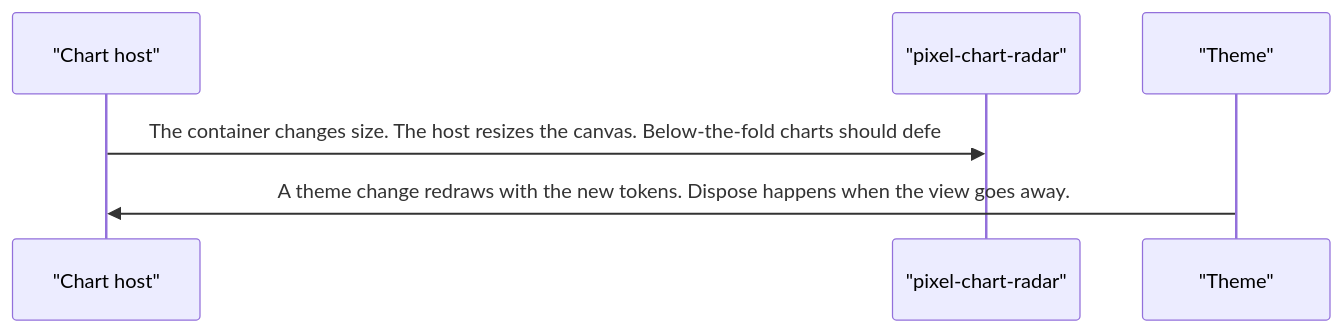
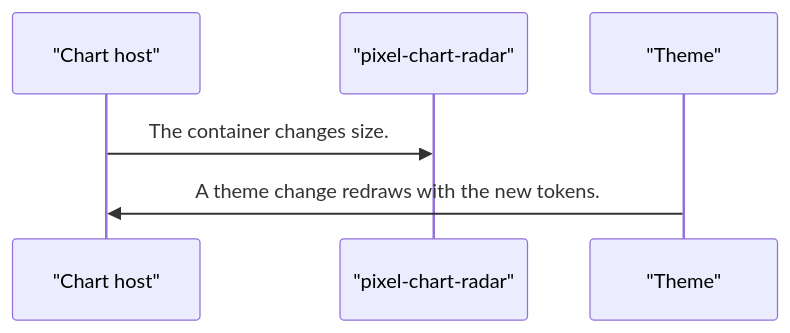
The fourth of 4 diagrams in projects/pixel-ui/src/lib/pixel-chart-radar/DESIGN.md (RajshekharBorate/pixel-ui), drawn with Mermaid before and after one commit. The commit also changed 80 other files, not shown here.

Commit message:
Fill missing design flows and correct the stories that did not match component behavior.

````diff
--- a/projects/pixel-ui/src/lib/pixel-chart-radar/DESIGN.md
+++ b/projects/pixel-ui/src/lib/pixel-chart-radar/DESIGN.md
@@ -74,8 +74,8 @@
 ```mermaid
 sequenceDiagram
   participant host as "Chart host"
   participant plot as "pixel-chart-radar"
   participant theme as "Theme"
-  host->>plot: The container changes size. The host resizes the canvas. Below-the-fold charts should defe
-  theme->>host: A theme change redraws with the new tokens. Dispose happens when the view goes away.
+  host->>plot: The container changes size.
+  theme->>host: A theme change redraws with the new tokens.
 ```
````
